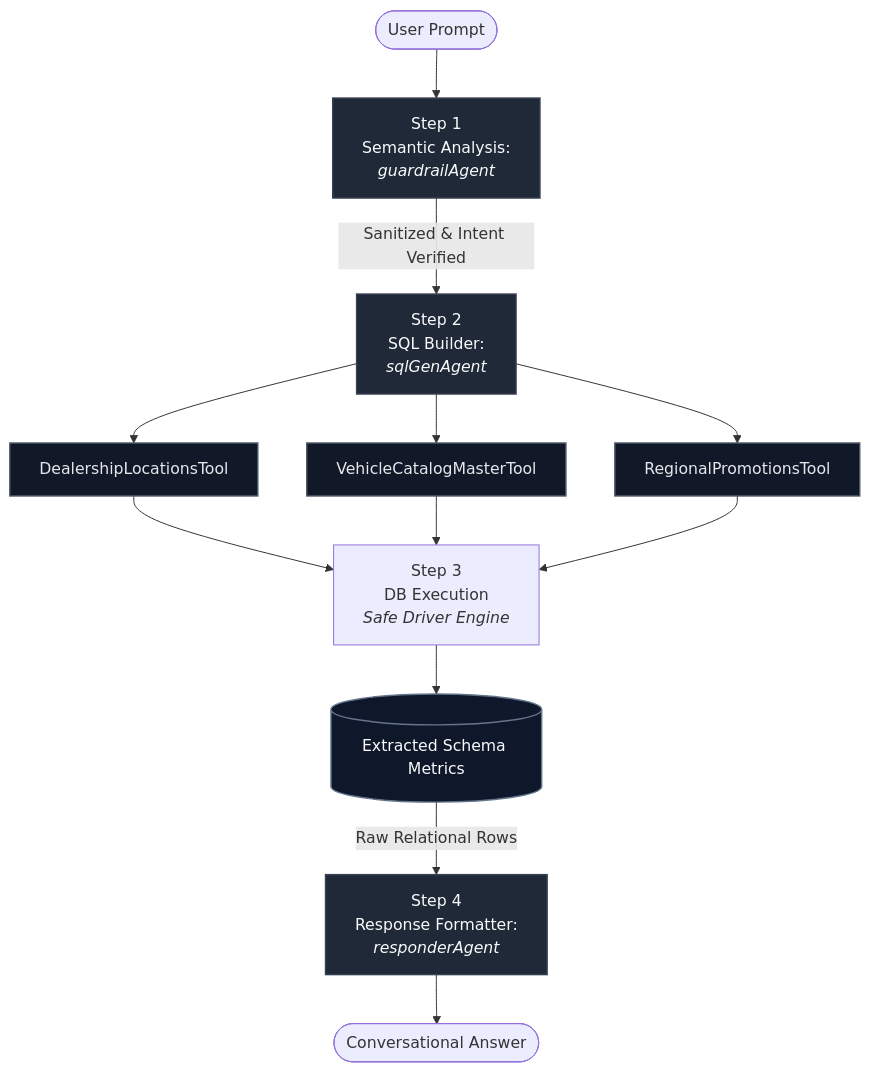
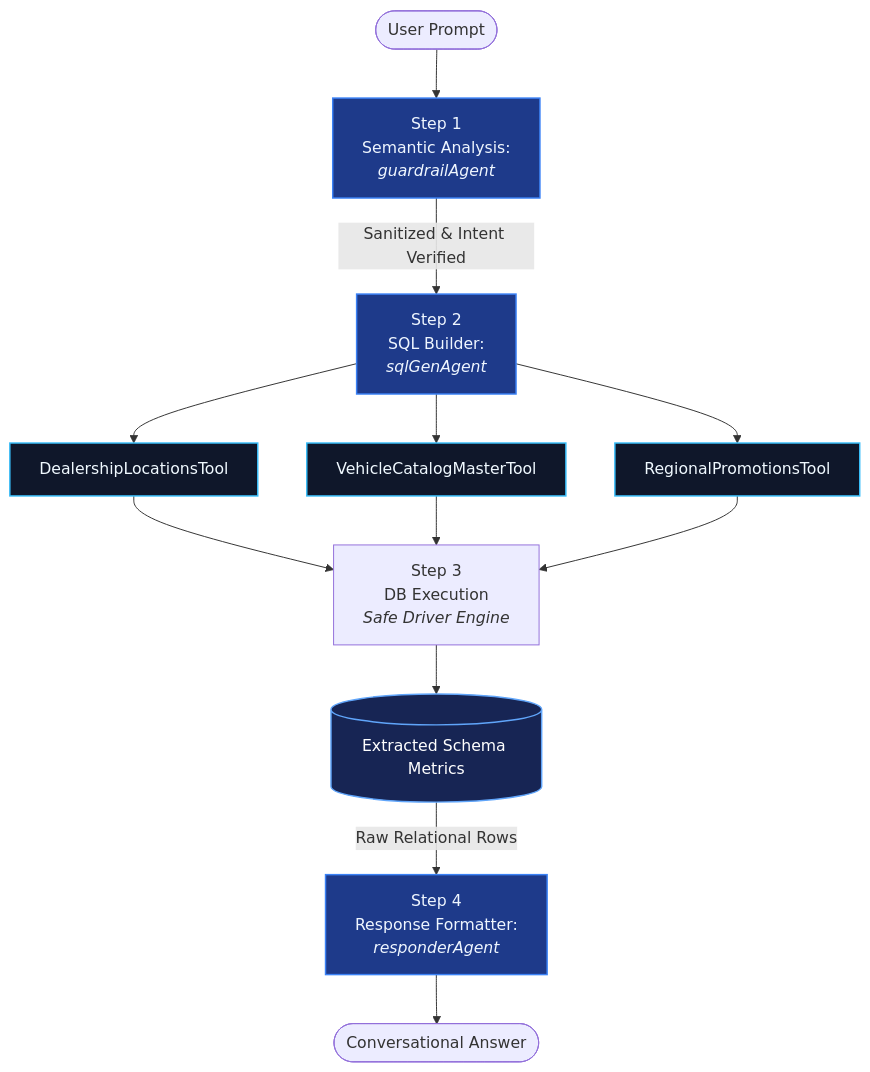
One commit to Viji-RaviChandran/mastra-car-dealership-workflow changed the diagram in README.md. Above: the diagram before and after it, drawn with Mermaid. The commit also changed other lines of this file, not shown here.

````diff
--- a/README.md
+++ b/README.md
@@ -24,30 +27,30 @@
 ```mermaid
 flowchart TD
     A([User Prompt]) --> B[Step 1 <br/>Semantic Analysis: <br/><i>guardrailAgent</i>]
     
     B -->|Sanitized & Intent Verified| C[Step 2 <br/>SQL Builder: <br/><i>sqlGenAgent</i>]
     
     C --> D1[DealershipLocationsTool]
     C --> D2[VehicleCatalogMasterTool]
     C --> D3[RegionalPromotionsTool]
     
     D1 --> E[Step 3 <br/>DB Execution<br/><i>Safe Driver Engine</i>]
     D2 --> E
     D3 --> E
     
     E --> F[(Extracted Schema Metrics)]
 
     
     
     F -->|Raw Relational Rows| G[Step 4 <br/>Response Formatter: <br/><i>responderAgent</i>]
     
     G --> H([Conversational Answer])
 
-    classDef agent fill:#1f2937,stroke:#374151,stroke-width:1.5px,color:#f9fafb;
-    classDef tool  fill:#111827,stroke:#4b5563,stroke-width:1.5px,color:#e5e7eb;
-    classDef step  fill:#0f172a,stroke:#64748b,stroke-width:1.5px,color:#f8fafc;
+    classDef agent fill:#1e3a8a,stroke:#3b82f6,stroke-width:1.5px,color:#eff6ff;
+    classDef tool  fill:#0f172a,stroke:#38bdf8,stroke-width:1.5px,color:#f0f9ff;
+    classDef step  fill:#172554,stroke:#60a5fa,stroke-width:1.5px,color:#ffffff;
 
     class B,C,G agent;
     class D1,D2,D3 tool;
     class F step;
 ```
````
